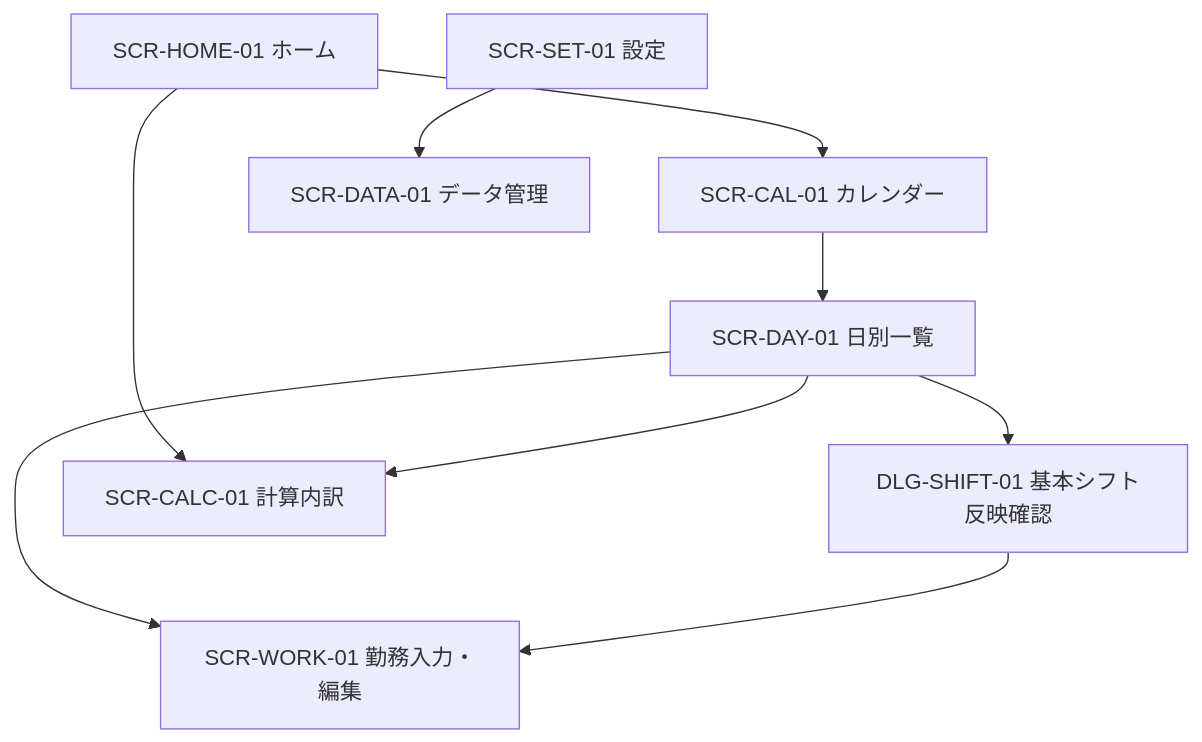
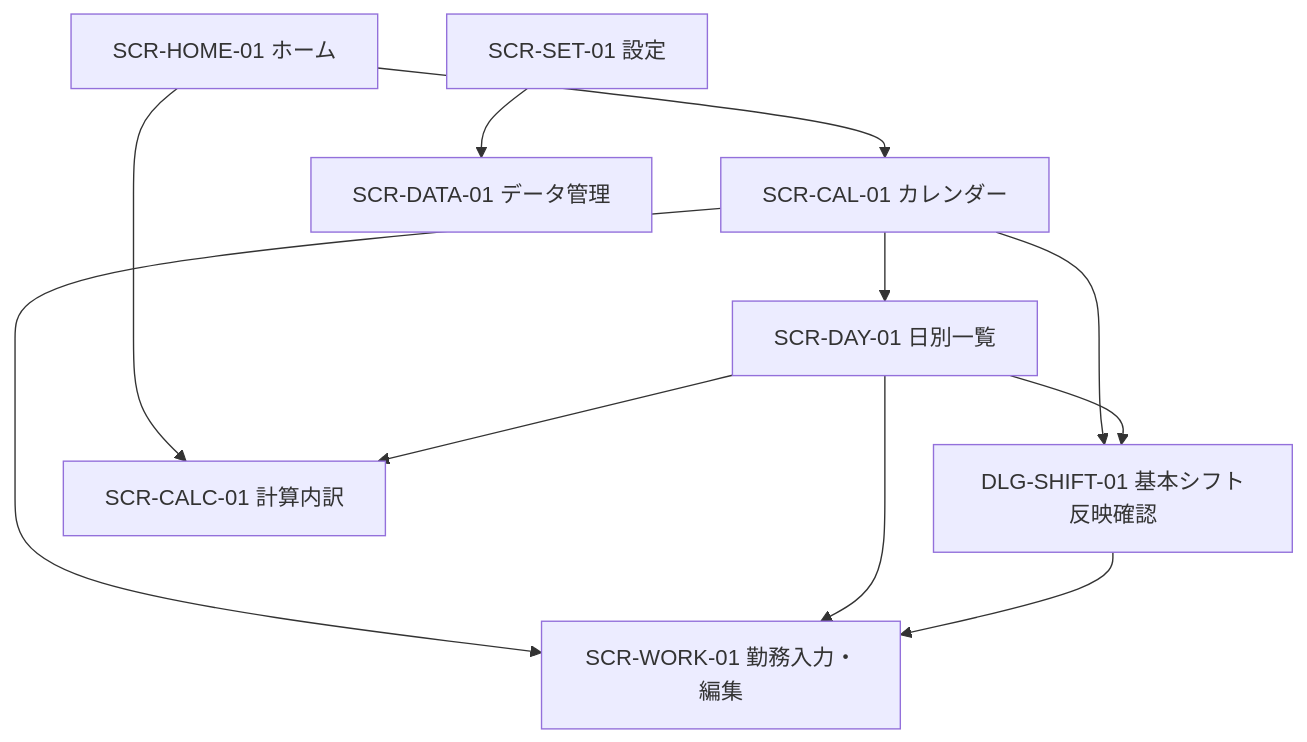
The second of 3 diagrams in docs/screen_specification.md (Adachi-Leelia/TkpSalaryCalculator), drawn with Mermaid before and after one commit. The commit also changed other lines of this file and 9 other files, not shown here.

````diff
--- a/docs/screen_specification.md
+++ b/docs/screen_specification.md
@@ -55,20 +55,22 @@
 ```mermaid
 flowchart TD
     HOME[SCR-HOME-01 ホーム]
     CAL[SCR-CAL-01 カレンダー]
     DAY[SCR-DAY-01 日別一覧]
     WORK[SCR-WORK-01 勤務入力・編集]
     SHIFT[DLG-SHIFT-01 基本シフト反映確認]
     DETAIL[SCR-CALC-01 計算内訳]
     SET[SCR-SET-01 設定]
     DATA[SCR-DATA-01 データ管理]
 
     HOME --> DETAIL
     HOME --> CAL
+    CAL --> WORK
+    CAL --> SHIFT
     CAL --> DAY
     DAY --> WORK
     DAY --> SHIFT
     SHIFT --> WORK
     DAY --> DETAIL
     SET --> DATA
 ```
````
